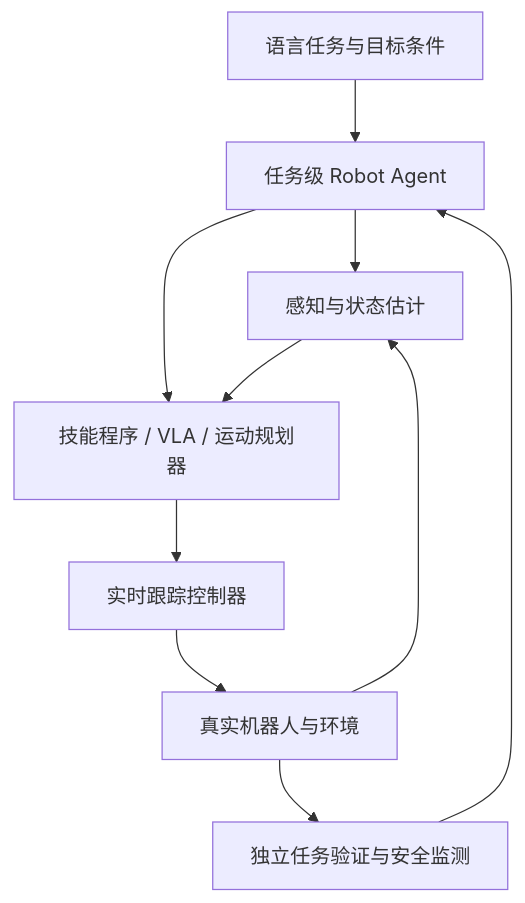
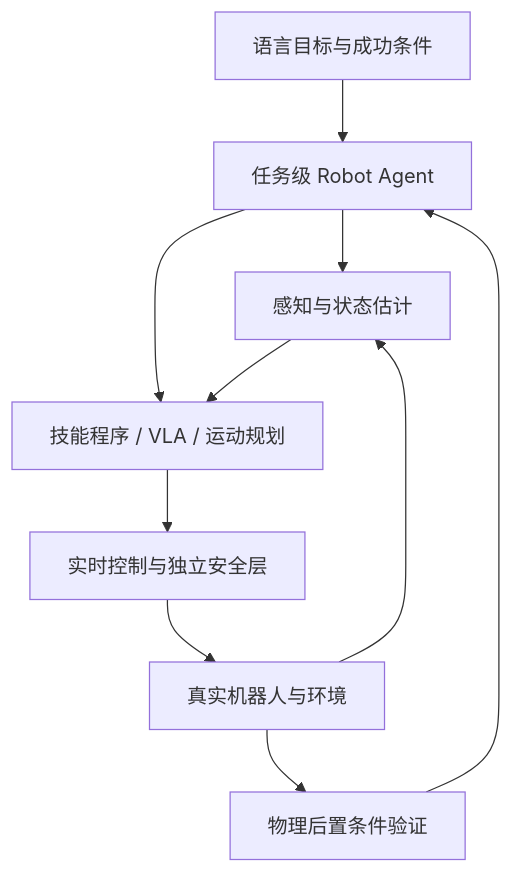
Before and after one commit to zengxiong111/Foundation_of_Embodied_AI: the first of 4 diagrams in md/Robot_Agent_Workflow_ZH.md, drawn with Mermaid. The commit also changed other lines of this file and 8 other files, not shown here.

First line of the commit message:
Update bilingual Robot Agent foundation-model and workflow notes

````diff
--- a/md/Robot_Agent_Workflow_ZH.md
+++ b/md/Robot_Agent_Workflow_ZH.md
@@ -28,12 +40,12 @@
 ```mermaid
 flowchart TB
-    G[语言任务与目标条件] --> A[任务级 Robot Agent]
-    A --> P[感知与状态估计]
-    A --> S[技能程序 / VLA / 运动规划器]
-    P --> S
-    S --> C[实时跟踪控制器]
-    C --> R[真实机器人与环境]
-    R --> P
-    R --> V[独立任务验证与安全监测]
-    V --> A
+  G[语言目标与成功条件] --> A[任务级 Robot Agent]
+  A --> P[感知与状态估计]
+  A --> S[技能程序 / VLA / 运动规划]
+  P --> S
+  S --> C[实时控制与独立安全层]
+  C --> R[真实机器人与环境]
+  R --> P
+  R --> V[物理后置条件验证]
+  V --> A
 ```
````
